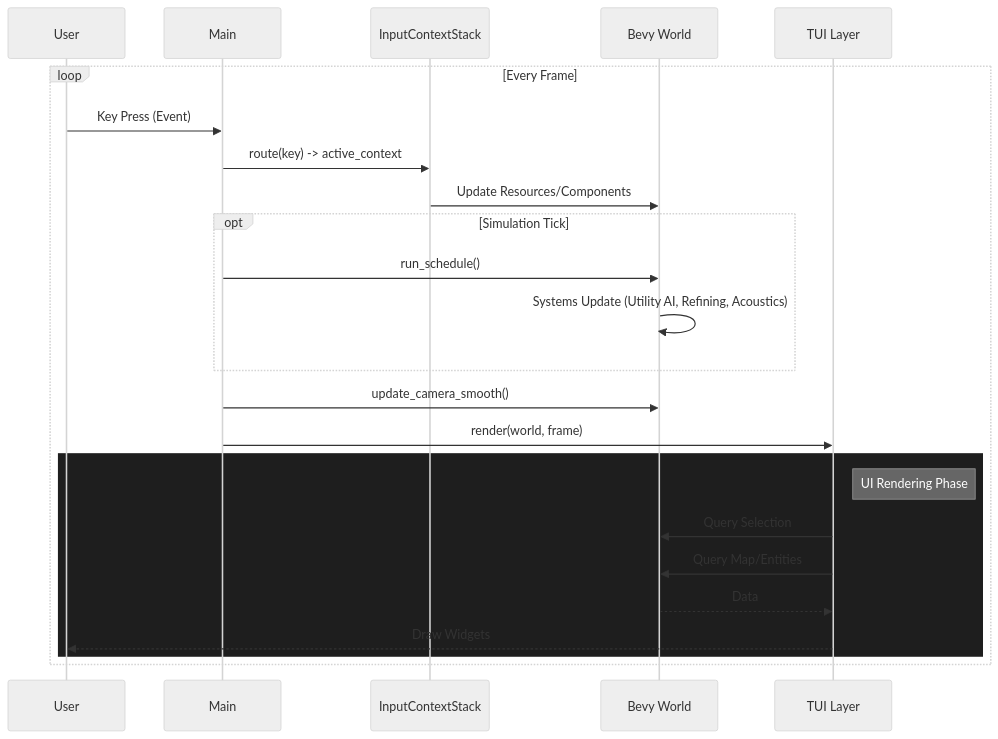
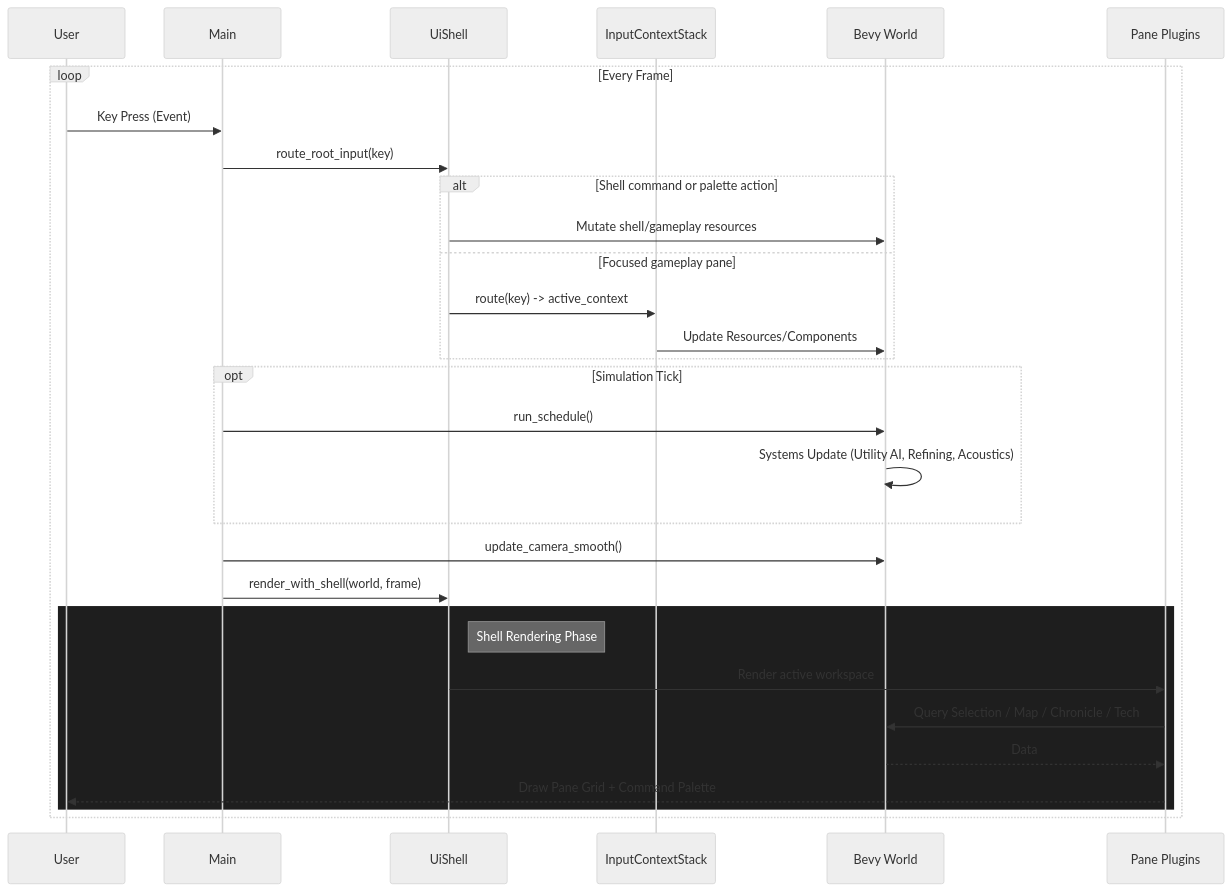
Before and after one commit to madmax983/project-zero: the sixth of 26 diagrams in docs/architecture.md, drawn with Mermaid (neutral theme). The commit also changed other lines of this file and 17 other files, not shown here.

````diff
--- a/docs/architecture.md
+++ b/docs/architecture.md
@@ -303,30 +318,36 @@
 ```mermaid
 sequenceDiagram
     participant User
     participant Main
+    participant Shell as UiShell
     participant Input as InputContextStack
     participant ECS as Bevy World
-    participant UI as TUI Layer
+    participant UI as Pane Plugins
 
     loop Every Frame
         User->>Main: Key Press (Event)
-        Main->>Input: route(key) -> active_context
-        Input->>ECS: Update Resources/Components
+        Main->>Shell: route_root_input(key)
+        alt Shell command or palette action
+            Shell->>ECS: Mutate shell/gameplay resources
+        else Focused gameplay pane
+            Shell->>Input: route(key) -> active_context
+            Input->>ECS: Update Resources/Components
+        end
 
         opt Simulation Tick
             Main->>ECS: run_schedule()
             ECS->>ECS: Systems Update (Utility AI, Refining, Acoustics)
         end
 
         Main->>ECS: update_camera_smooth()
-        Main->>UI: render(world, frame)
+        Main->>Shell: render_with_shell(world, frame)
 
         rect rgb(30, 30, 30)
-            note right of UI: UI Rendering Phase
-            UI->>ECS: Query Selection
-            UI->>ECS: Query Map/Entities
+            note right of Shell: Shell Rendering Phase
+            Shell->>UI: Render active workspace
+            UI->>ECS: Query Selection / Map / Chronicle / Tech
             ECS-->>UI: Data
-            UI-->>User: Draw Widgets
+            UI-->>User: Draw Pane Grid + Command Palette
         end
     end
 ```
````
